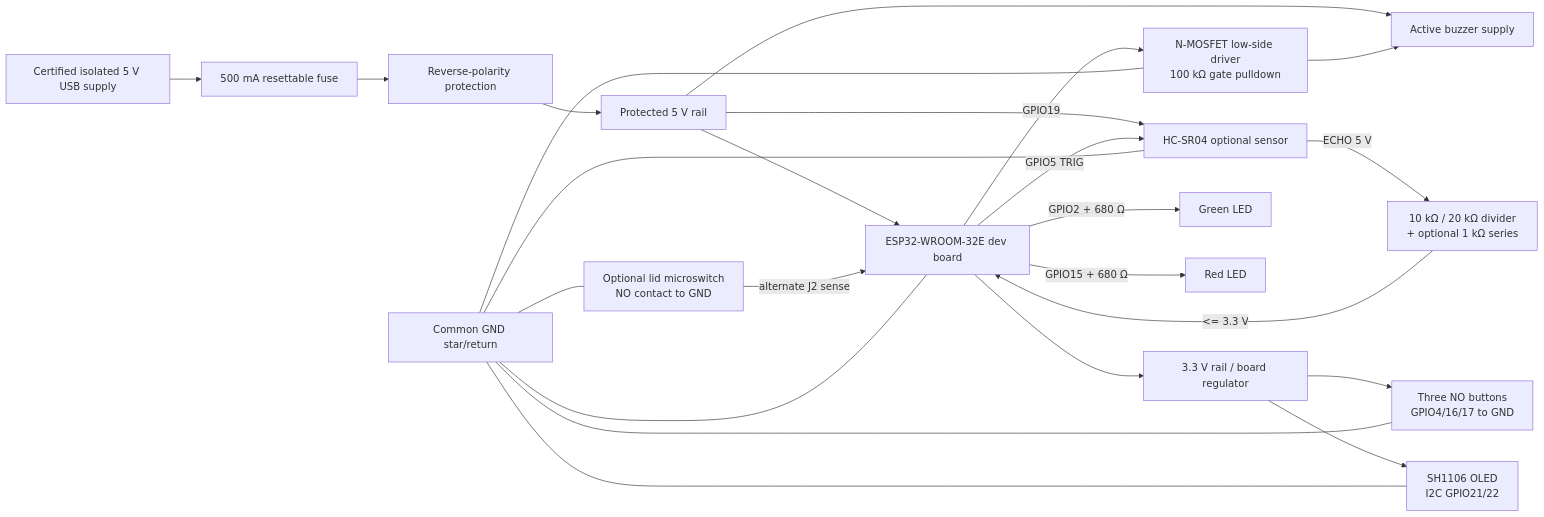
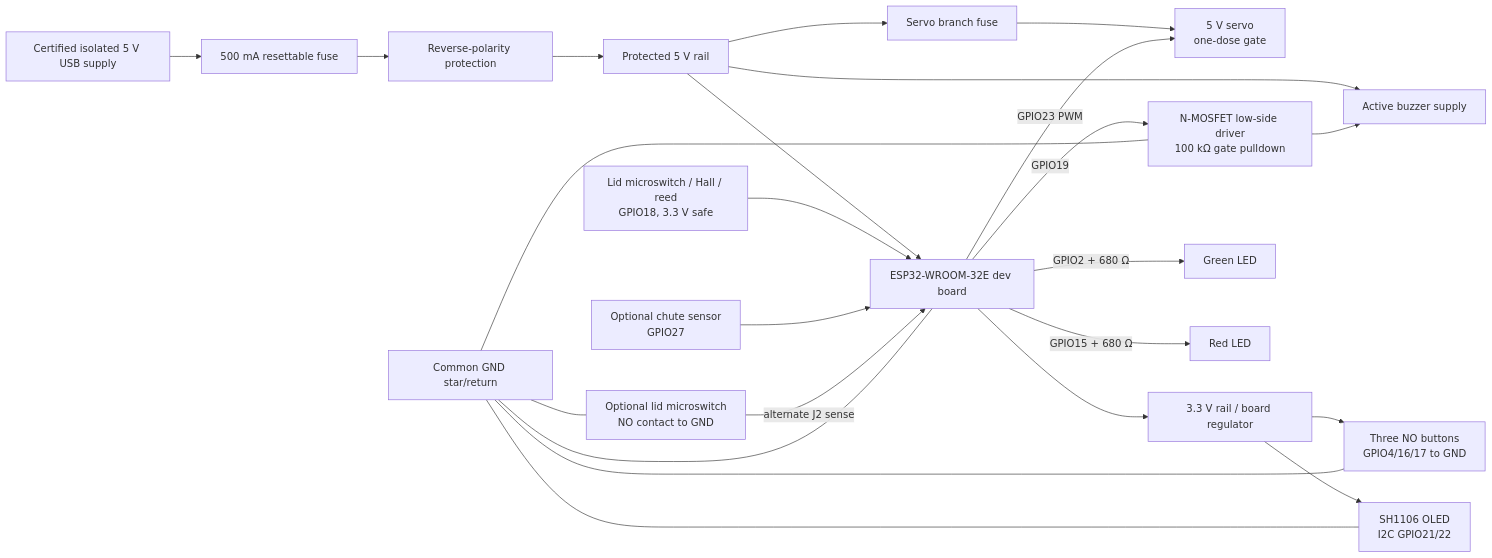
The diagram in hardware/schematics/meditrack_block_diagram.mmd (Bhishma-Rane/MediTrack), drawn with Mermaid before and after one commit. The commit also changed 11 other files, not shown here.

```diff
--- a/hardware/schematics/meditrack_block_diagram.mmd
+++ b/hardware/schematics/meditrack_block_diagram.mmd
@@ -1,25 +1,25 @@
 %% MediTrack Part 1 electrical architecture
 flowchart LR
   PS1[Certified isolated 5 V USB supply] --> F1[500 mA resettable fuse]
   F1 --> D1[Reverse-polarity protection]
   D1 --> V5[Protected 5 V rail]
   V5 --> U1[ESP32-WROOM-32E dev board]
-  V5 --> U3[HC-SR04 optional sensor]
   V5 --> B1[Active buzzer supply]
+  V5 --> F2[Servo branch fuse]
+  F2 --> SERVO[5 V servo\none-dose gate]
   U1 --> V33[3.3 V rail / board regulator]
   V33 --> OLED[SH1106 OLED\nI2C GPIO21/22]
   V33 --> BTN[Three NO buttons\nGPIO4/16/17 to GND]
-  U3 -->|ECHO 5 V| DIV[10 kΩ / 20 kΩ divider\n+ optional 1 kΩ series]
-  DIV -->|<= 3.3 V| U1
-  U1 -->|GPIO5 TRIG| U3
+  LID[Lid microswitch / Hall / reed\nGPIO18, 3.3 V safe] --> U1
   U1 -->|GPIO19| Q1[N-MOSFET low-side driver\n100 kΩ gate pulldown]
   Q1 --> B1
+  U1 -->|GPIO23 PWM| SERVO
+  CHUTE[Optional chute sensor\nGPIO27] --> U1
   U1 -->|GPIO2 + 680 Ω| GREEN[Green LED]
   U1 -->|GPIO15 + 680 Ω| RED[Red LED]
   SW[Optional lid microswitch\nNO contact to GND] -->|alternate J2 sense| U1
   GND[Common GND star/return] --- U1
-  GND --- U3
   GND --- OLED
   GND --- BTN
   GND --- Q1
   GND --- SW
```
